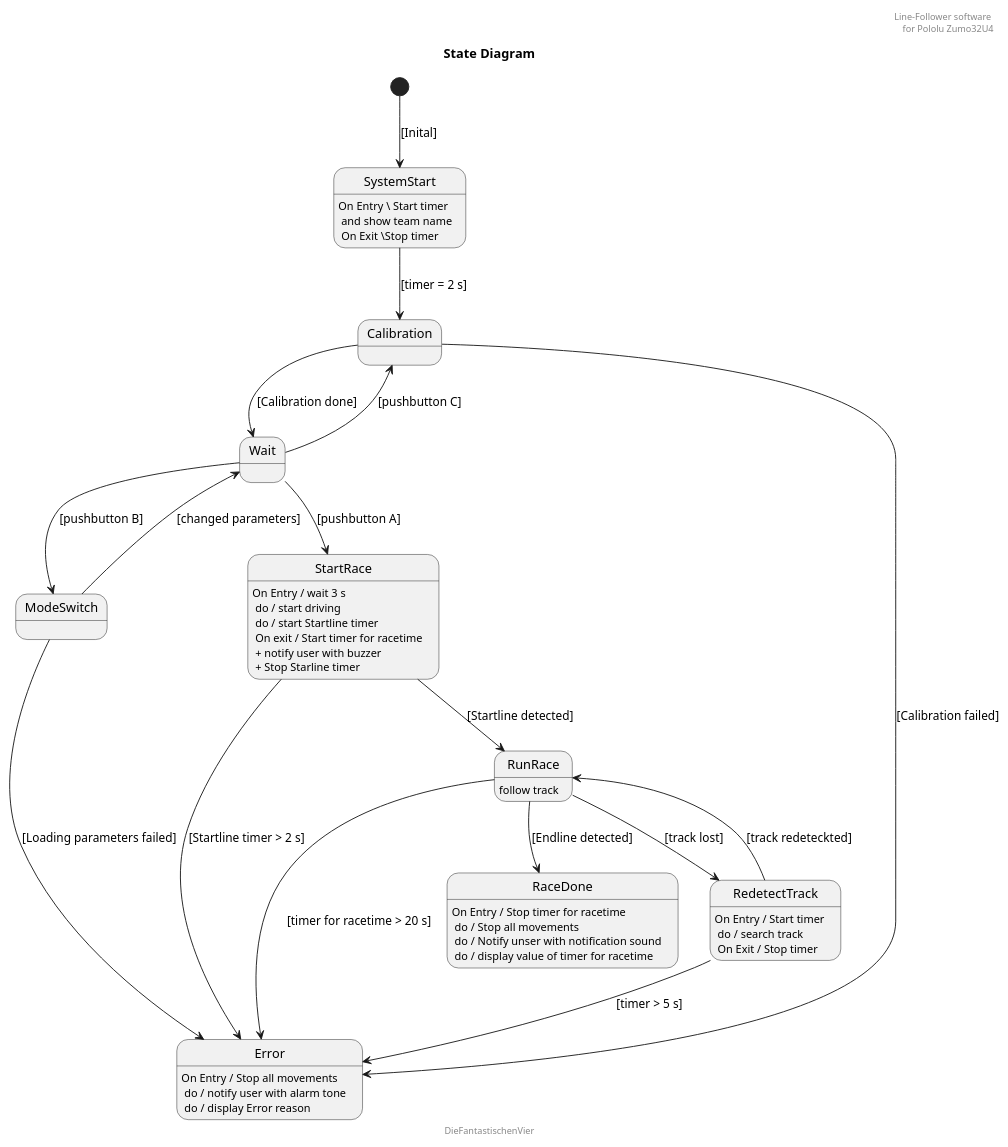
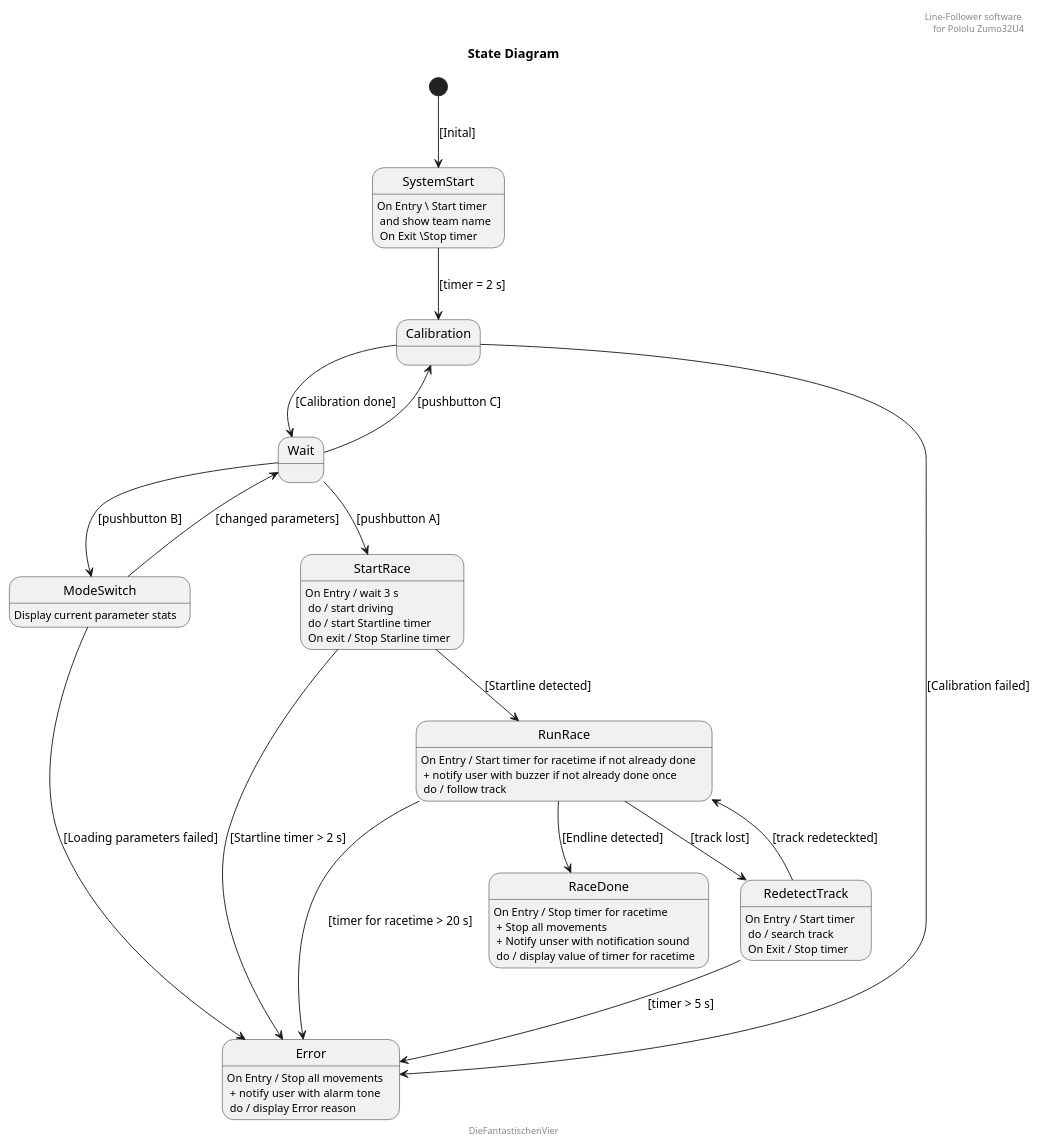
One commit to steffenhettig/GitRepo_Die_Fantastischen_Vier changed the diagram in Beistellung_Implementierung/system/UML/statediagram.puml. Above: the diagram before and after it, drawn with PlantUML.

```diff
--- a/Beistellung_Implementierung/system/UML/statediagram.puml
+++ b/Beistellung_Implementierung/system/UML/statediagram.puml
@@ -1,56 +1,59 @@
 @startuml statediagramm
 header Line-Follower software \n for Pololu Zumo32U4
 footer DieFantastischenVier
 
 title State Diagram
 
 
 [*]-->SystemStart : [Inital]
 
 SystemStart-->Calibration : [timer = 2 s]
 
 
 SystemStart : On Entry \ Start timer \n and show team name\n On Exit \Stop timer
 
 Wait-->Calibration : [pushbutton C]
 
 Wait-->ModeSwitch : [pushbutton B]
+
+ModeSwitch : Display current parameter stats
 
 
 ModeSwitch-->Error : [Loading parameters failed]
 
 ModeSwitch-->Wait : [changed parameters]
 
 
 Calibration-->Wait : [Calibration done]
 
 Calibration-->Error : [Calibration failed]
 
 Wait--> StartRace : [pushbutton A]
 
 
 StartRace--> RunRace : [Startline detected]
 
 StartRace--> Error : [Startline timer > 2 s]
 
 RunRace-->RaceDone : [Endline detected]
 
 RunRace-->RedetectTrack : [track lost]
 
 RedetectTrack-->Error : [timer > 5 s]
 
 RedetectTrack : On Entry / Start timer \n do / search track \n On Exit / Stop timer
 
 RedetectTrack-->RunRace : [track redeteckted]
 
 RunRace-->Error :[timer for racetime > 20 s]
 
-StartRace : On Entry / wait 3 s \n do / start driving \n do / start Startline timer\n On exit / Start timer for racetime \n + notify user with buzzer \n + Stop Starline timer
+StartRace : On Entry / wait 3 s \n do / start driving \n do / start Startline timer\n On exit / Stop Starline timer
 
-RunRace : follow track
-Error : On Entry / Stop all movements \n do / notify user with alarm tone \n do / display Error reason
+RunRace : On Entry / Start timer for racetime if not already done \n + notify user with buzzer if not already done once \n do / follow track
 
-RaceDone : On Entry / Stop timer for racetime \n do / Stop all movements \n do / Notify unser with notification sound \n do / display value of timer for racetime 
+Error : On Entry / Stop all movements \n +  notify user with alarm tone \n do / display Error reason
+
+RaceDone : On Entry / Stop timer for racetime \n + Stop all movements \n + Notify unser with notification sound \n do / display value of timer for racetime 
 
 
 @enduml
```
